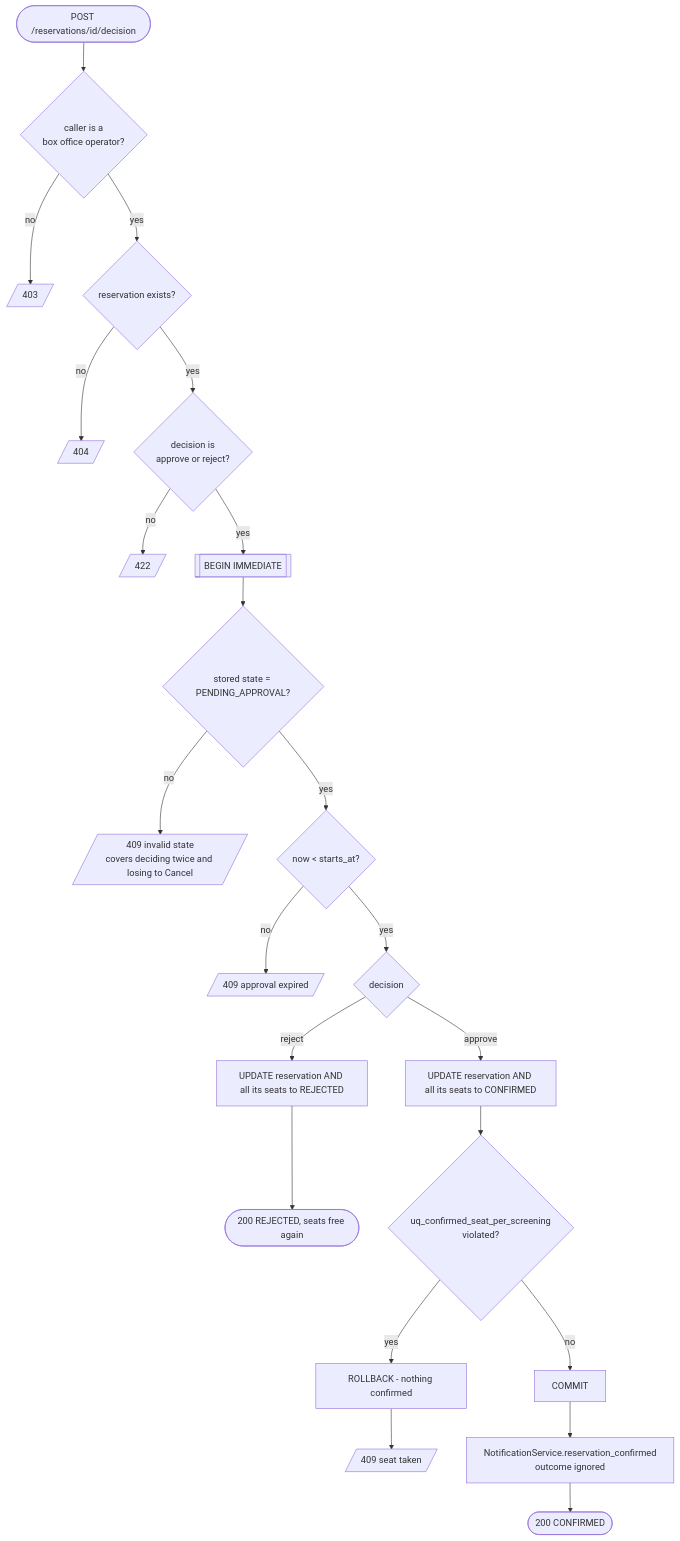
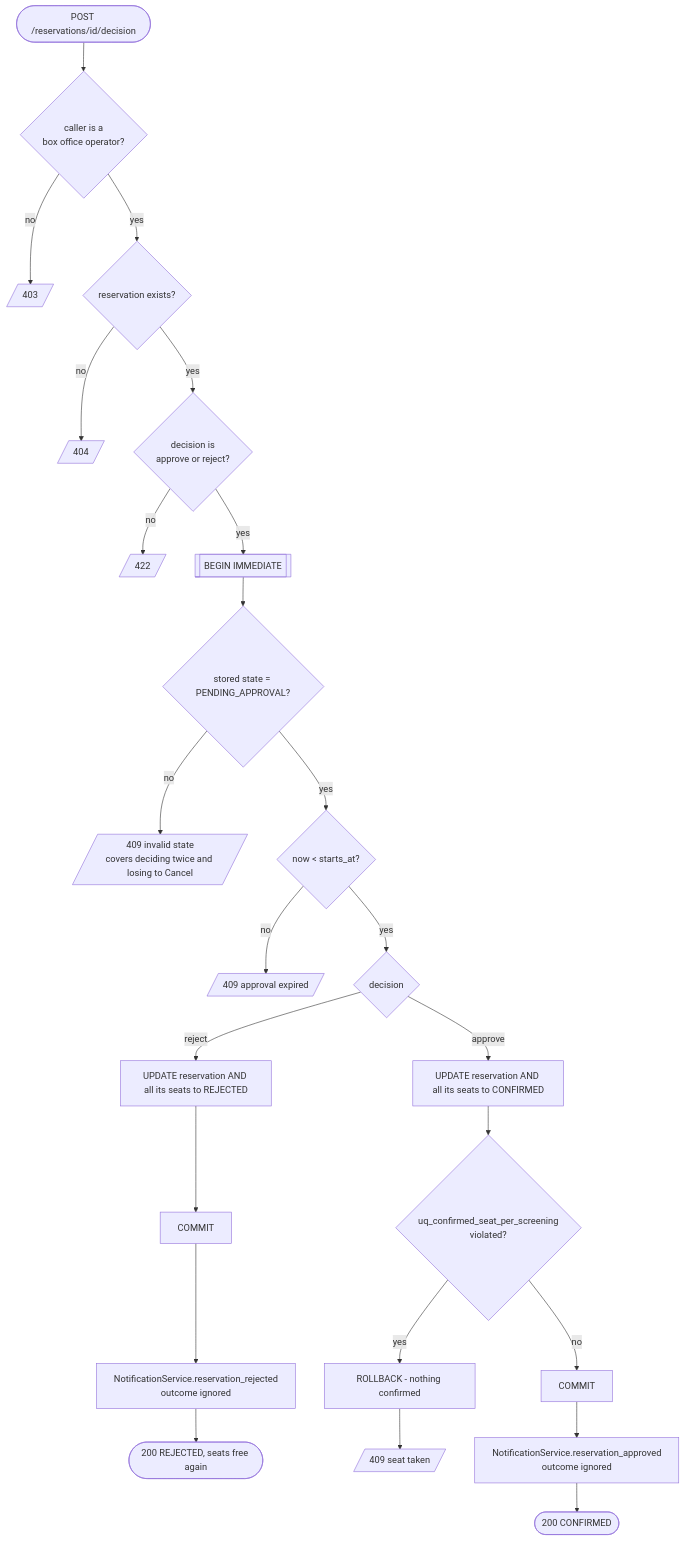
One commit to SerpentSide/SWI_Projekt changed the seventh of 7 diagrams in docs/diagrams.md. Above: the diagram before and after it, drawn with Mermaid. The commit also changed other lines of this file and 7 other files, not shown here.

````diff
--- a/docs/diagrams.md
+++ b/docs/diagrams.md
@@ -183,24 +184,26 @@
 ```mermaid
 flowchart TD
     start([POST /reservations/id/decision]) --> op{caller is a<br/>box office operator?}
     op -- no --> e403[/403/]
     op -- yes --> r{reservation exists?}
     r -- no --> e404[/404/]
     r -- yes --> dec{decision is<br/>approve or reject?}
     dec -- no --> e422[/422/]
     dec -- yes --> tx[[BEGIN IMMEDIATE]]
     tx --> d{stored state = PENDING_APPROVAL?}
     d -- no --> e409a[/409 invalid state<br/>covers deciding twice and losing to Cancel/]
     d -- yes --> t{now < starts_at?}
     t -- no --> e409b[/409 approval expired/]
     t -- yes --> which{decision}
     which -- reject --> rej[UPDATE reservation AND all its seats to REJECTED]
-    rej --> okr([200 REJECTED, seats free again])
+    rej --> commitr[COMMIT]
+    commitr --> notifyr[NotificationService.reservation_rejected<br/>outcome ignored]
+    notifyr --> okr([200 REJECTED, seats free again])
     which -- approve --> upd[UPDATE reservation AND all its seats to CONFIRMED]
     upd --> uq{uq_confirmed_seat_per_screening<br/>violated?}
     uq -- yes --> rb[ROLLBACK - nothing confirmed]
     rb --> e409c[/409 seat taken/]
     uq -- no --> commit[COMMIT]
-    commit --> notify[NotificationService.reservation_confirmed<br/>outcome ignored]
+    commit --> notify[NotificationService.reservation_approved<br/>outcome ignored]
     notify --> oka([200 CONFIRMED])
 ```
````
